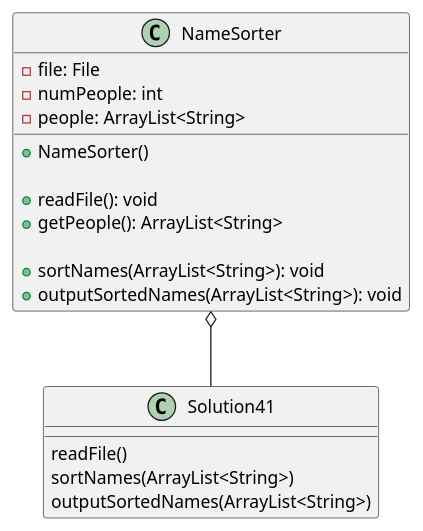
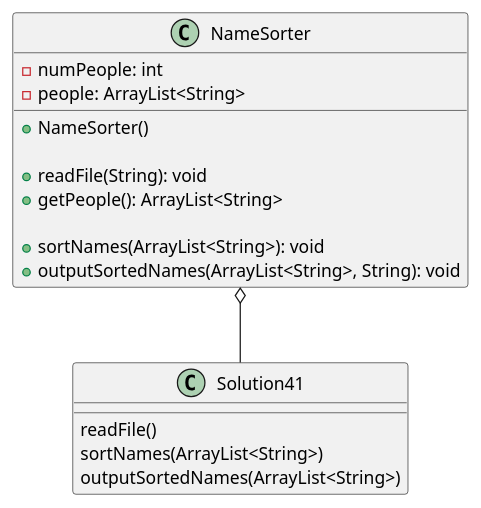
One commit to Zandroid505/Antifit-a04 changed the diagram in exercise41/docs/Classes.puml. Above: the diagram before and after it, drawn with PlantUML. The commit also changed 19 other files, not shown here.

Commit message:
Updated production code, tests, and uml diagram

```diff
--- a/exercise41/docs/Classes.puml
+++ b/exercise41/docs/Classes.puml
@@ -6,28 +6,27 @@
 @startuml
 'https://plantuml.com/sequence-diagram
 
 NameSorter o-- Solution41
 
 class Solution41 {
     'Creates NameSorter object and uses it to manage names
     readFile()
     sortNames(ArrayList<String>)
     outputSortedNames(ArrayList<String>)
 }
 
 class NameSorter {
-    - file: File
     - numPeople: int
     - people: ArrayList<String>
 
     + NameSorter()
         'Initializes the amount of people to 0
 
-    + readFile(): void
+    + readFile(String): void
     + getPeople(): ArrayList<String>
 
     + sortNames(ArrayList<String>): void
-    + outputSortedNames(ArrayList<String>): void
+    + outputSortedNames(ArrayList<String>, String): void
 }
 
 @enduml
```
